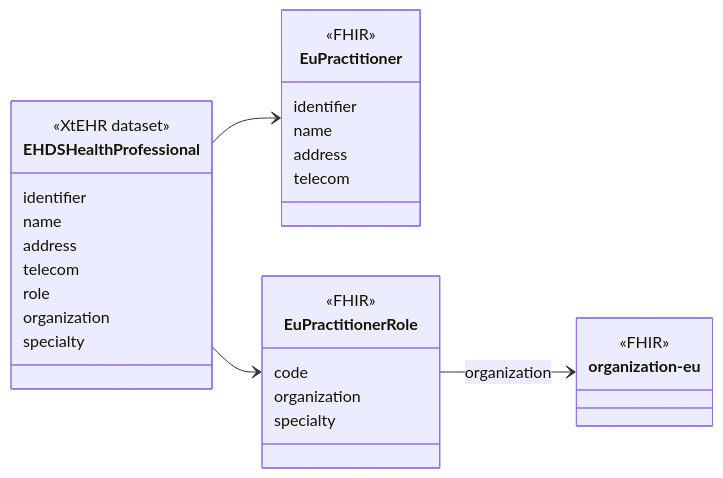
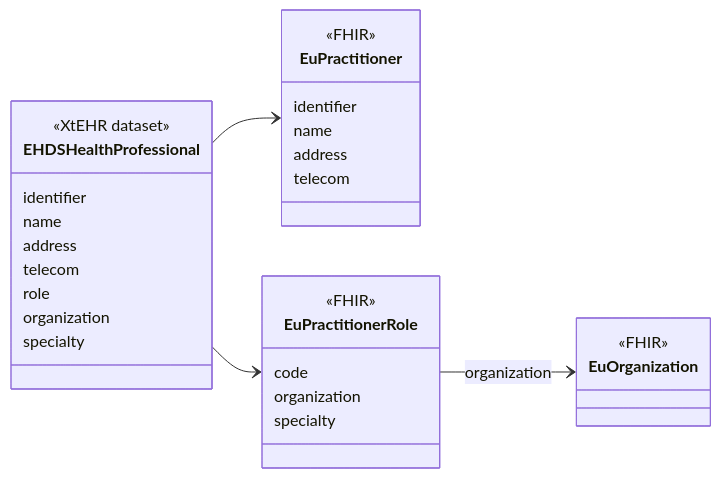
One commit to oijauregui/ehdsimaging changed the diagram in input/intro-notes/ConceptMap-EHDSHealthProfessionalMap-intro.md. Above: the diagram before and after it, drawn with Mermaid. The commit also changed 25 other files, not shown here.

````diff
--- a/input/intro-notes/ConceptMap-EHDSHealthProfessionalMap-intro.md
+++ b/input/intro-notes/ConceptMap-EHDSHealthProfessionalMap-intro.md
@@ -5,36 +5,36 @@
 ```mermaid
 classDiagram
 direction LR
 class EHDSHealthProfessional {
   <<XtEHR dataset>>
   identifier
   name
   address
   telecom
   role
   organization
   specialty
 }
 link EHDSHealthProfessional "https://build.fhir.org/ig/Xt-EHR/xt-ehr-common/StructureDefinition-EHDSHealthProfessional.html"
 class EuPractitioner{
   <<FHIR>>
   identifier
   name
   address
   telecom
 }
 
 class EuPractitionerRole{
   <<FHIR>>
   code
   organization
   specialty
 }
 
-class organization-eu {
+class EuOrganization {
   <<FHIR>>
 }
 EHDSHealthProfessional --> EuPractitioner
 EHDSHealthProfessional --> EuPractitionerRole
-EuPractitionerRole --> organization-eu : organization
+EuPractitionerRole --> EuOrganization : organization
 ```
````
